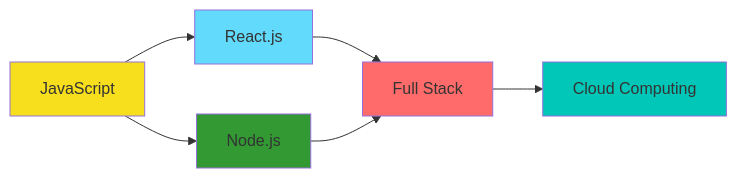
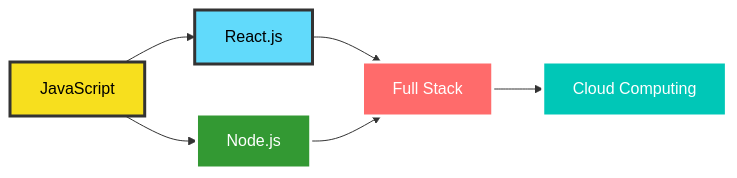
The diagram in README.md (ricardoslinhares/ricardoslinhares), drawn with Mermaid before and after one commit.

Commit message:
Update styles in README diagram for better visibility

````diff
--- a/README.md
+++ b/README.md
@@ -190,14 +190,14 @@
 ```mermaid
 graph LR
     A[JavaScript] --> B[React.js]
     A --> C[Node.js]
     B --> D[Full Stack]
     C --> D
     D --> E[Cloud Computing]
     
-    style A fill:#f7df1e
-    style B fill:#61dafb
-    style C fill:#339933
-    style D fill:#ff6b6b
-    style E fill:#00c7b7
+    style A fill:#f7df1e,stroke:#333,stroke-width:3px,color:#000
+    style B fill:#61dafb,stroke:#333,stroke-width:3px,color:#000
+    style C fill:#339933,stroke:#fff,stroke-width:3px,color:#fff
+    style D fill:#ff6b6b,stroke:#fff,stroke-width:3px,color:#fff
+    style E fill:#00c7b7,stroke:#fff,stroke-width:3px,color:#fff
 ```
````
